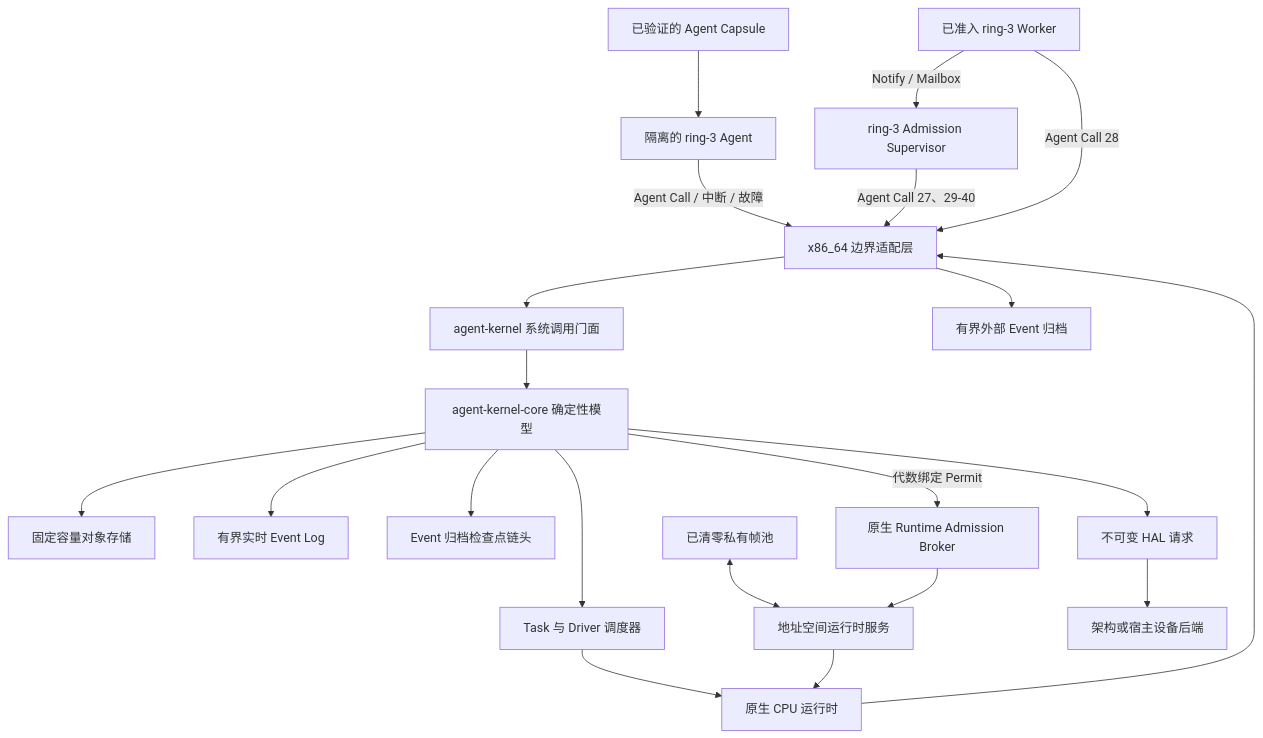
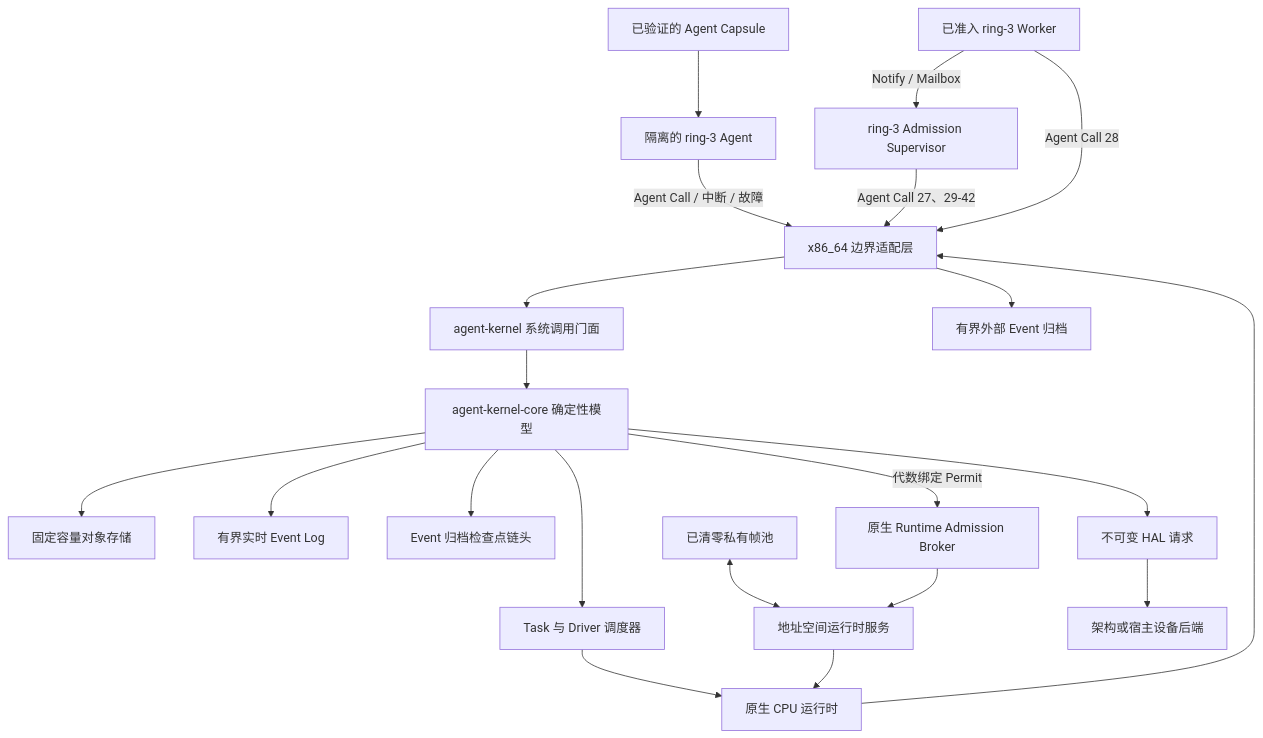
Before and after one commit to Evan-master/agent-kernel: the diagram in README.zh-CN.md, drawn with Mermaid. The commit also changed other lines of this file and 50 other files, not shown here.

````diff
--- a/README.zh-CN.md
+++ b/README.zh-CN.md
@@ -243,23 +255,23 @@
 ```mermaid
 flowchart TB
     Capsule["已验证的 Agent Capsule"] --> Ring3["隔离的 ring-3 Agent"]
     Ring3 -->|"Agent Call / 中断 / 故障"| X86["x86_64 边界适配层"]
     X86 --> Facade["agent-kernel 系统调用门面"]
     Facade --> Core["agent-kernel-core 确定性模型"]
     Core --> Stores["固定容量对象存储"]
     Core --> Events["有界实时 Event Log"]
     Core --> ArchiveHead["Event 归档检查点链头"]
     Core --> Scheduler["Task 与 Driver 调度器"]
     Scheduler --> Runtime["原生 CPU 运行时"]
     Runtime --> X86
     FramePool["已清零私有帧池"] <--> AddressService["地址空间运行时服务"]
     Broker["原生 Runtime Admission Broker"] --> AddressService
     Core -->|"代数绑定 Permit"| Broker
     AddressService --> Runtime
     X86 --> Archive["有界外部 Event 归档"]
     Core --> HAL["不可变 HAL 请求"]
     HAL --> Device["架构或宿主设备后端"]
-    Supervisor["ring-3 Admission Supervisor"] -->|"Agent Call 27、29-40"| X86
+    Supervisor["ring-3 Admission Supervisor"] -->|"Agent Call 27、29-42"| X86
     Workers["已准入 ring-3 Worker"] -->|"Agent Call 28"| X86
     Workers -->|"Notify / Mailbox"| Supervisor
 ```
````
